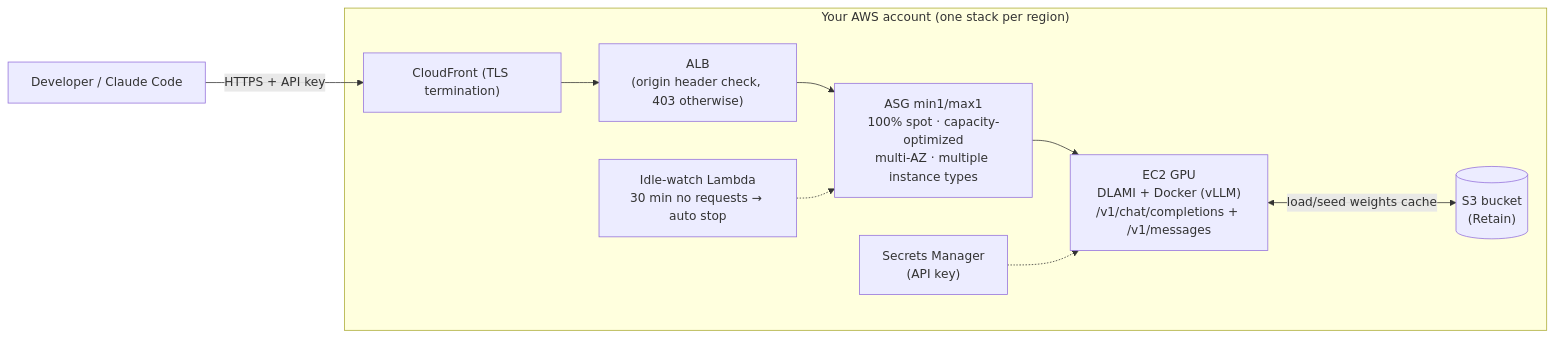
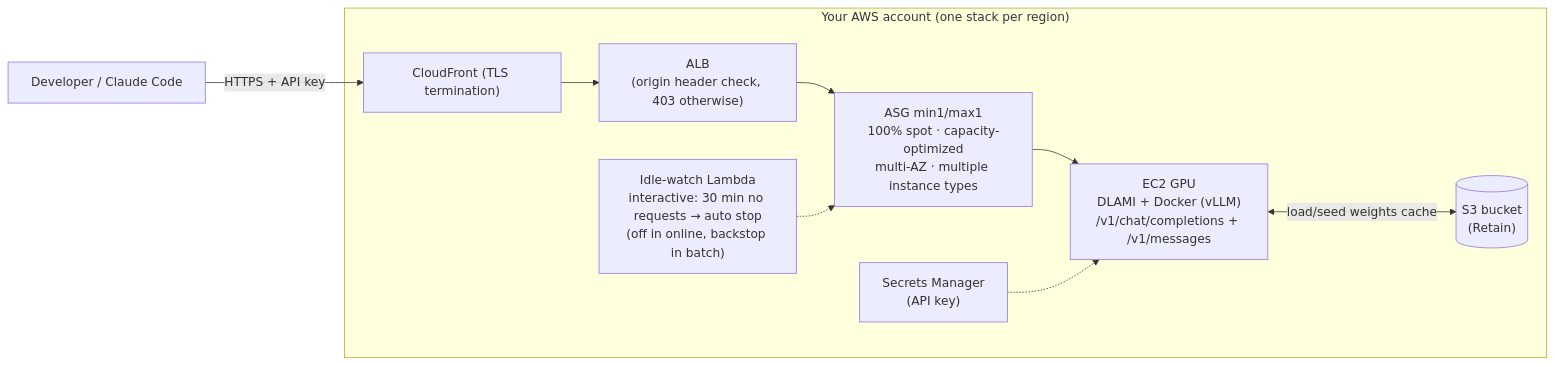
Before and after one commit to roboco-io/token-forge: the diagram in README.md, drawn with Mermaid. The commit also changed other lines of this file and 5 other files, not shown here.

````diff
--- a/README.md
+++ b/README.md
@@ -80,12 +84,12 @@
 ```mermaid
 flowchart LR
     U["Developer / Claude Code"] -- "HTTPS + API key" --> CF
     subgraph AWS["Your AWS account (one stack per region)"]
         CF["CloudFront (TLS termination)"] --> ALB["ALB<br/>(origin header check, 403 otherwise)"]
         ALB --> ASG["ASG min1/max1<br/>100% spot · capacity-optimized<br/>multi-AZ · multiple instance types"]
         ASG --> EC2["EC2 GPU<br/>DLAMI + Docker (vLLM)<br/>/v1/chat/completions + /v1/messages"]
         EC2 <-- "load/seed weights cache" --> S3[("S3 bucket<br/>(Retain)")]
         SM["Secrets Manager<br/>(API key)"] -.-> EC2
-        IDLE["Idle-watch Lambda<br/>30 min no requests → auto stop"] -.-> ASG
+        IDLE["Idle-watch Lambda<br/>interactive: 30 min no requests → auto stop<br/>(off in online, backstop in batch)"] -.-> ASG
     end
 ```
````
